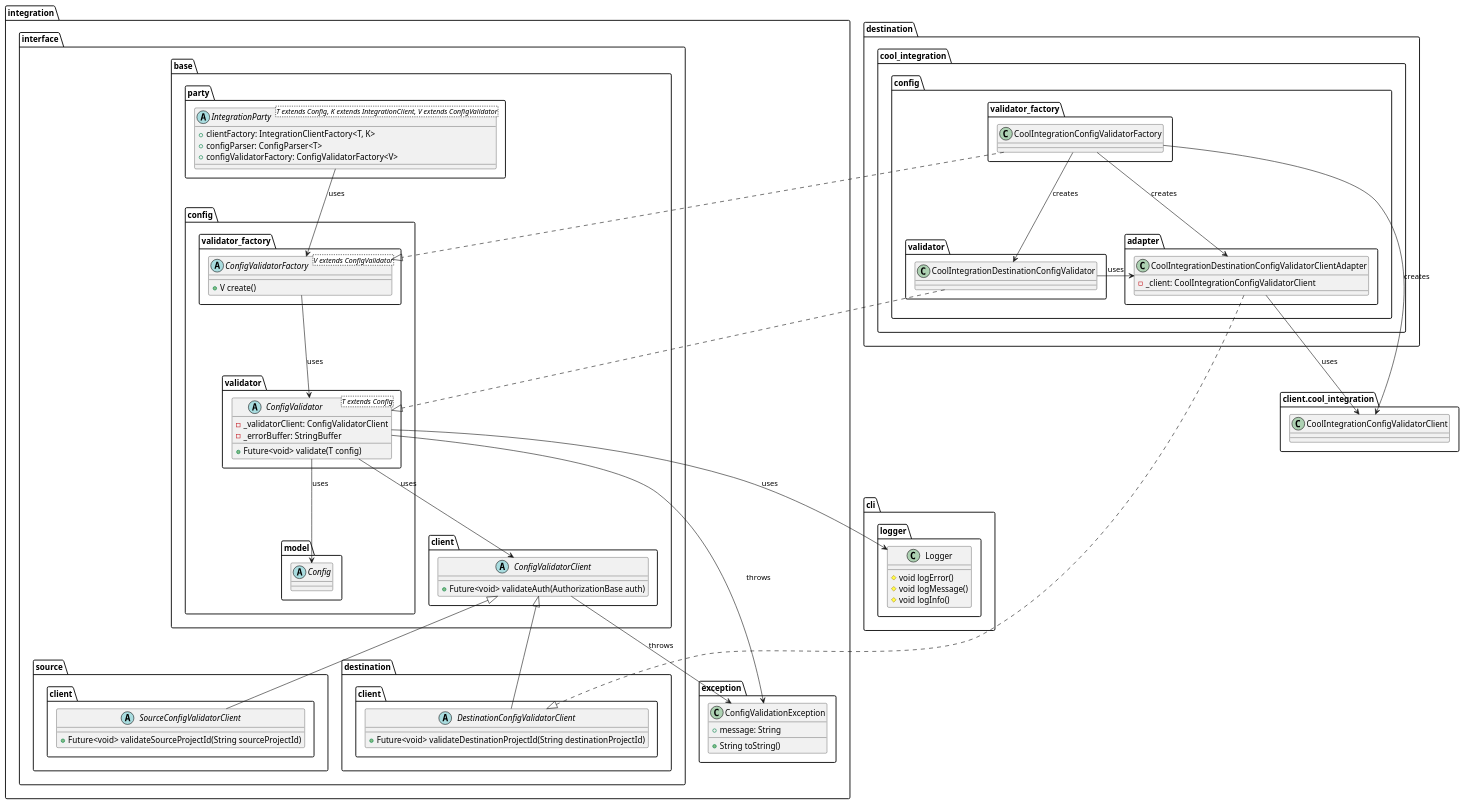
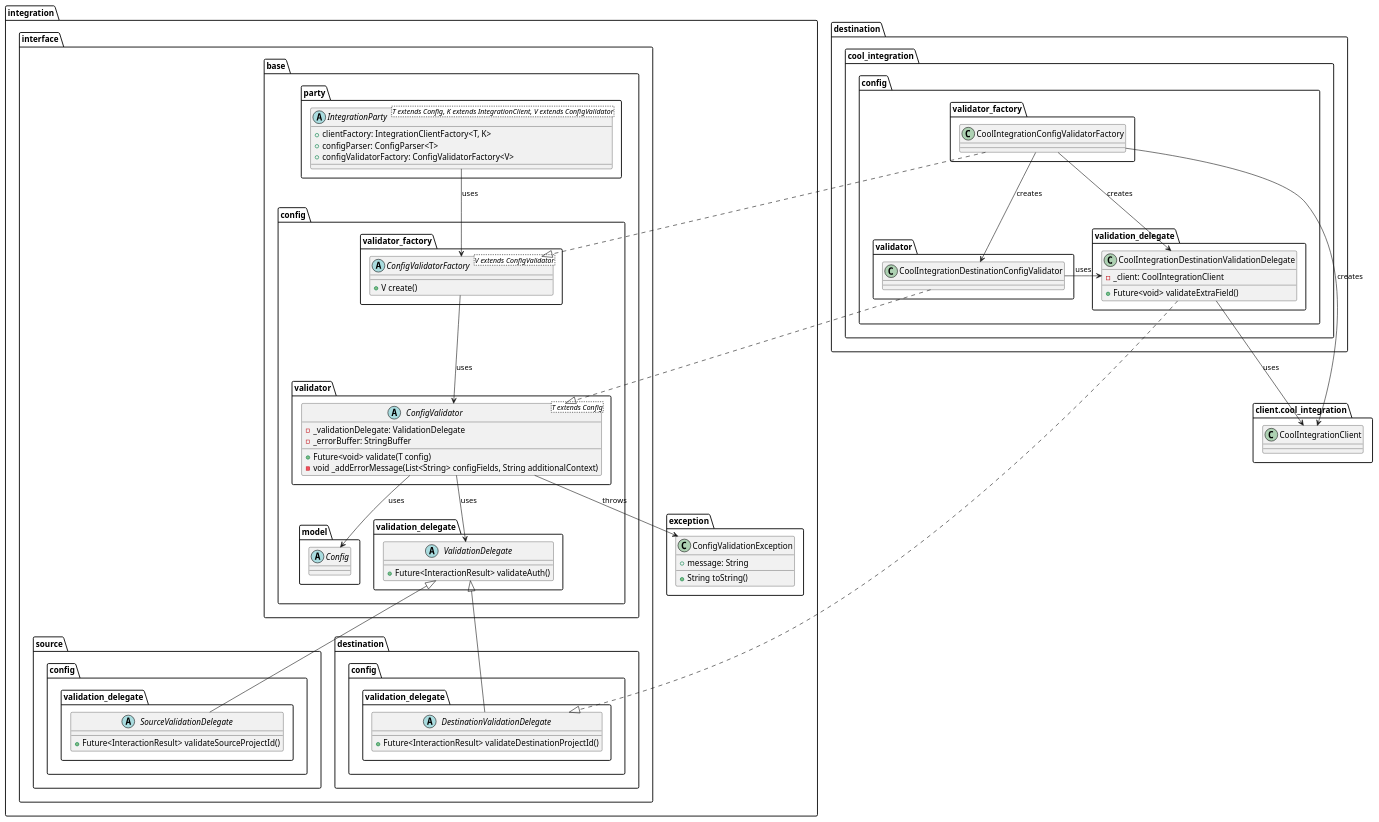
Before and after one commit to Flank/flank-dashboard: the diagram in metrics/ci_integrations/docs/diagrams/ci_integrations_config_validator_class_diagram.puml, drawn with PlantUML. The commit also changed 2 other files, not shown here.

Commit message:
Refactor documentation and diagrams

```diff
--- a/metrics/ci_integrations/docs/diagrams/ci_integrations_config_validator_class_diagram.puml
+++ b/metrics/ci_integrations/docs/diagrams/ci_integrations_config_validator_class_diagram.puml
@@ -1,119 +1,107 @@
 @startuml ci_integrations_config_validator_class_diagram
 
     package integration {
         package interface {
             package base {
                 package party {
                     abstract class IntegrationParty<T extends Config, K extends IntegrationClient, V extends ConfigValidator> {
                         + clientFactory: IntegrationClientFactory<T, K>
                         + configParser: ConfigParser<T>
                         + configValidatorFactory: ConfigValidatorFactory<V>
                     }
                 }
 
-                package client {
-                    abstract class ConfigValidatorClient {
-                        + Future<void> validateAuth(AuthorizationBase auth)
-                    }
-                }
-
                 package config {
                     package model {
                         abstract class Config {}
                     }
 
                     package validator {
                         abstract class ConfigValidator<T extends Config> {
-                            - _validatorClient: ConfigValidatorClient
+                            - _validationDelegate: ValidationDelegate 
                             - _errorBuffer: StringBuffer
                             + Future<void> validate(T config)
+                            - void _addErrorMessage(List<String> configFields, String additionalContext)
+                        }
+                    }
+
+                    package validation_delegate as base_validation_delegate {
+                        abstract class ValidationDelegate {
+                            + Future<InteractionResult> validateAuth()
                         }
                     }
 
                     package validator_factory {
                         abstract class ConfigValidatorFactory<V extends ConfigValidator> {
                             + V create()
                         }
                     }
                 }
             }
 
-            package source {
-                package client as source_client {
-                    abstract class SourceConfigValidatorClient {
-                        + Future<void> validateSourceProjectId(String sourceProjectId)
-                    }
+            package source.config.validation_delegate {
+                abstract class SourceValidationDelegate {
+                    + Future<InteractionResult> validateSourceProjectId()
                 }
             }
 
-            package destination {
-                package client as destination_client {
-                    abstract class DestinationConfigValidatorClient {
-                        + Future<void> validateDestinationProjectId(String destinationProjectId)
-                    }
+            package destination.config.validation_delegate {
+                abstract class DestinationValidationDelegate {
+                    + Future<InteractionResult> validateDestinationProjectId()
                 }
             }
         }
 
         package exception {
             class ConfigValidationException {
                 + message: String
                 + String toString()
             }
         }
     }
 
     package destination.cool_integration {
         package config as cool_integration_config {
             package validator as cool_integration_validator {
                 class CoolIntegrationDestinationConfigValidator {}
             }
 
             package validator_factory as cool_integration_validator_validator_factory {
                 class CoolIntegrationConfigValidatorFactory {}
             }
 
-            package adapter {
-                class CoolIntegrationDestinationConfigValidatorClientAdapter {
-                    - _client: CoolIntegrationConfigValidatorClient
+            package validation_delegate {
+                class CoolIntegrationDestinationValidationDelegate {
+                    - _client: CoolIntegrationClient
+                    + Future<void> validateExtraField()
                 }
             }
         }
     }
 
      package client.cool_integration as client_cool_integration {
-        class CoolIntegrationConfigValidatorClient {}
-    }
-
-    package cli.logger {
-        class Logger {
-            # void logError()
-            # void logMessage()
-            # void logInfo()
-        }
+        class CoolIntegrationClient {}
     }
 
     IntegrationParty --> ConfigValidatorFactory : uses
 
     ConfigValidatorFactory --> ConfigValidator : uses
 
-    ConfigValidator --> ConfigValidatorClient : uses
+    ConfigValidator --> ValidationDelegate : uses
     ConfigValidator --> ConfigValidationException : throws
-    ConfigValidatorClient --> ConfigValidationException : throws
-    ConfigValidator --> Logger : uses
     ConfigValidator --> Config : uses
 
-    SourceConfigValidatorClient --up|> ConfigValidatorClient
-    DestinationConfigValidatorClient --up|> ConfigValidatorClient
+    SourceValidationDelegate --up|> ValidationDelegate
+    DestinationValidationDelegate --up|> ValidationDelegate
 
-    CoolIntegrationDestinationConfigValidatorClientAdapter ..|> DestinationConfigValidatorClient
+    CoolIntegrationDestinationValidationDelegate ..|> DestinationValidationDelegate
 
     CoolIntegrationDestinationConfigValidator ..|> ConfigValidator
-    CoolIntegrationDestinationConfigValidator -left-> CoolIntegrationDestinationConfigValidatorClientAdapter : uses
-    CoolIntegrationDestinationConfigValidatorClientAdapter -down-> CoolIntegrationConfigValidatorClient : uses
+    CoolIntegrationDestinationConfigValidator -left-> CoolIntegrationDestinationValidationDelegate : uses
+    CoolIntegrationDestinationValidationDelegate -down-> CoolIntegrationClient : uses
     CoolIntegrationConfigValidatorFactory ..|> ConfigValidatorFactory
     CoolIntegrationConfigValidatorFactory --> CoolIntegrationDestinationConfigValidator : creates
-    CoolIntegrationConfigValidatorFactory --> CoolIntegrationConfigValidatorClient : creates
-    CoolIntegrationConfigValidatorFactory --> CoolIntegrationDestinationConfigValidatorClientAdapter : creates
+    CoolIntegrationConfigValidatorFactory --> CoolIntegrationClient : creates
+    CoolIntegrationConfigValidatorFactory --> CoolIntegrationDestinationValidationDelegate : creates
 
 @enduml
```
